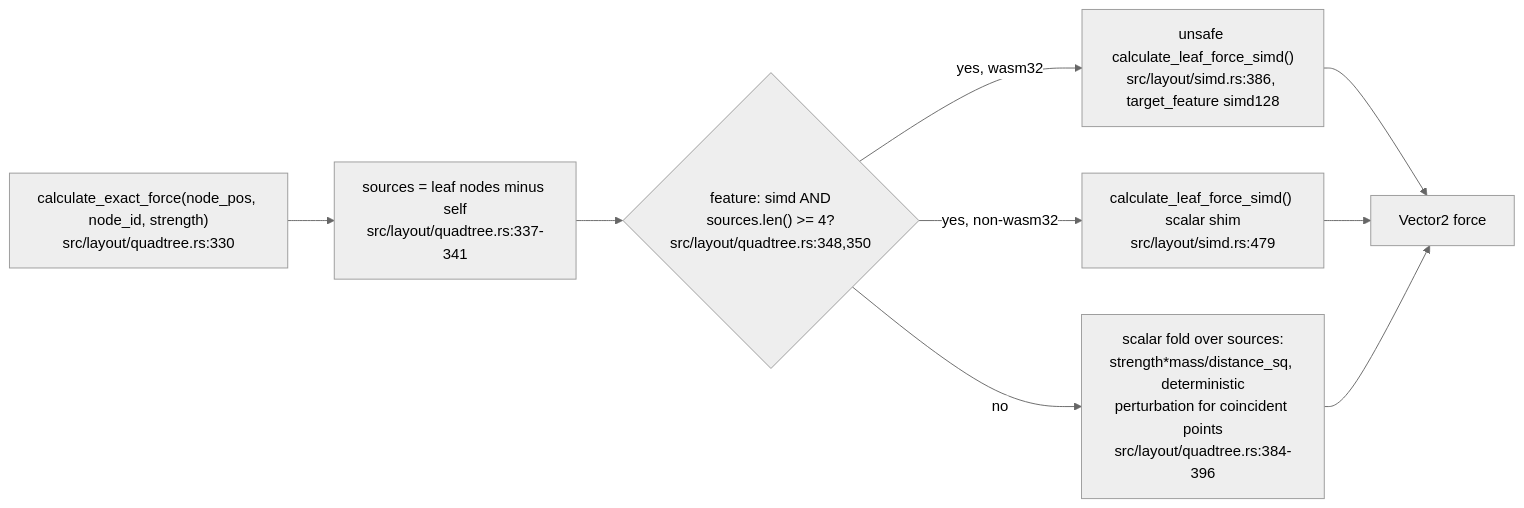
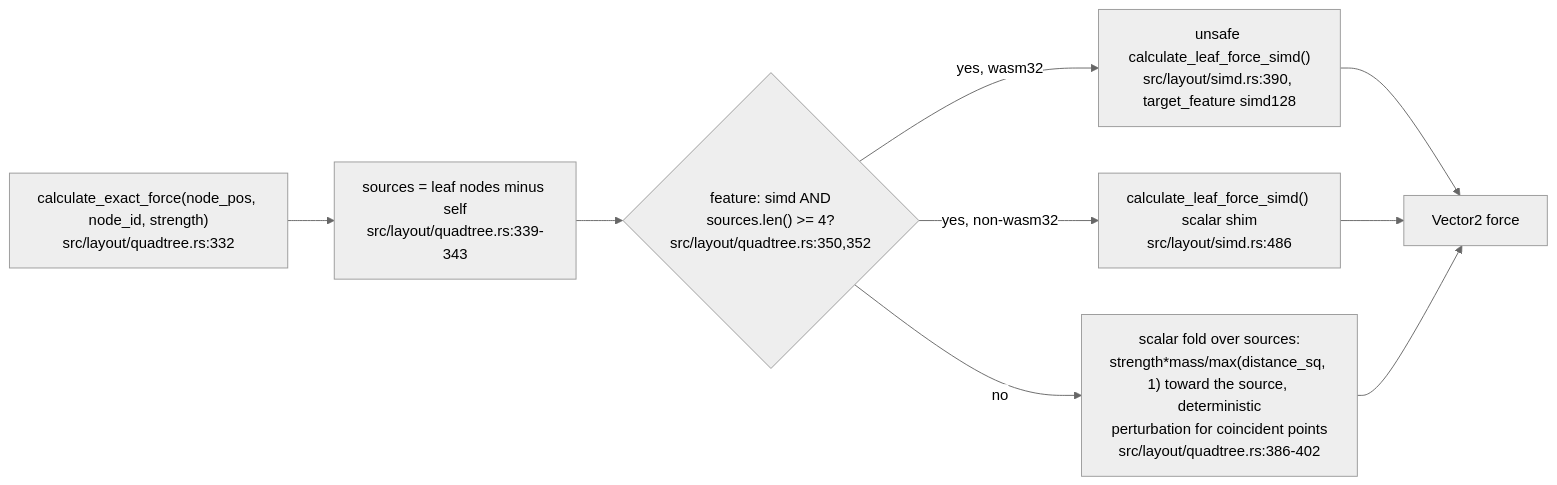
The fourth of 10 diagrams in docs/diagrams/vowl-wasm/03-force-layout-lifecycle.md (DreamLab-AI/VisionFlow), drawn with Mermaid (neutral theme) before and after one commit. The commit also changed other lines of this file and 5 other files, not shown here.

First line of the commit message:
docs(diagrams): vowl-wasm re-verified at v0.4.0 (0779174)

````diff
--- a/docs/diagrams/vowl-wasm/03-force-layout-lifecycle.md
+++ b/docs/diagrams/vowl-wasm/03-force-layout-lifecycle.md
@@ -83,11 +96,11 @@
 ```mermaid
 flowchart LR
-    LEAF["calculate_exact_force(node_pos, node_id, strength)<br/>src/layout/quadtree.rs:330"] --> FILT["sources = leaf nodes minus self<br/>src/layout/quadtree.rs:337-341"]
-    FILT --> GATE{"feature: simd AND<br/>sources.len() >= 4?<br/>src/layout/quadtree.rs:348,350"}
-    GATE -->|yes, wasm32| SIMDW["unsafe calculate_leaf_force_simd()<br/>src/layout/simd.rs:386, target_feature simd128"]
-    GATE -->|yes, non-wasm32| SIMDN["calculate_leaf_force_simd() scalar shim<br/>src/layout/simd.rs:479"]
-    GATE -->|no| SCALAR["scalar fold over sources:<br/>strength*mass/distance_sq, deterministic<br/>perturbation for coincident points<br/>src/layout/quadtree.rs:384-396"]
+    LEAF["calculate_exact_force(node_pos, node_id, strength)<br/>src/layout/quadtree.rs:332"] --> FILT["sources = leaf nodes minus self<br/>src/layout/quadtree.rs:339-343"]
+    FILT --> GATE{"feature: simd AND<br/>sources.len() >= 4?<br/>src/layout/quadtree.rs:350,352"}
+    GATE -->|yes, wasm32| SIMDW["unsafe calculate_leaf_force_simd()<br/>src/layout/simd.rs:390, target_feature simd128"]
+    GATE -->|yes, non-wasm32| SIMDN["calculate_leaf_force_simd() scalar shim<br/>src/layout/simd.rs:486"]
+    GATE -->|no| SCALAR["scalar fold over sources:<br/>strength*mass/max(distance_sq, 1) toward the source, deterministic<br/>perturbation for coincident points<br/>src/layout/quadtree.rs:386-402"]
     SIMDW --> OUT["Vector2<f64> force"]
     SIMDN --> OUT
     SCALAR --> OUT
 ```
````
